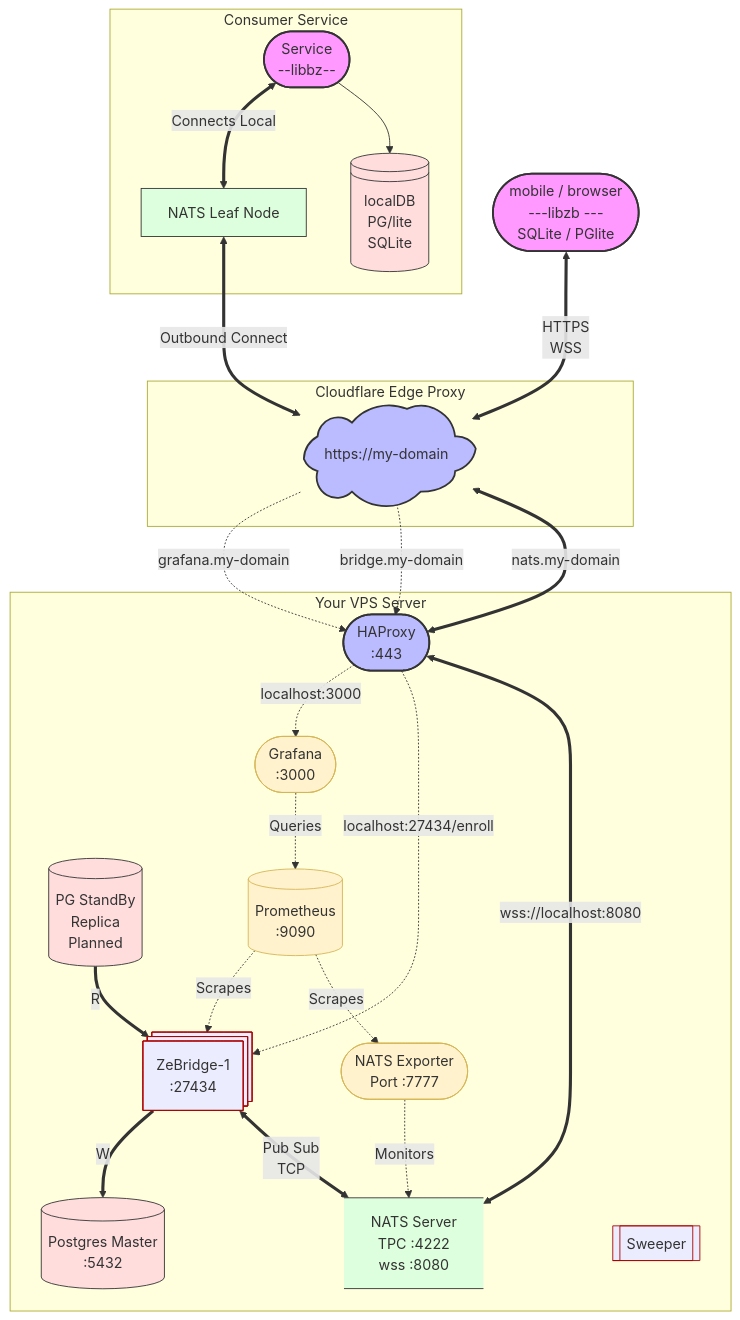
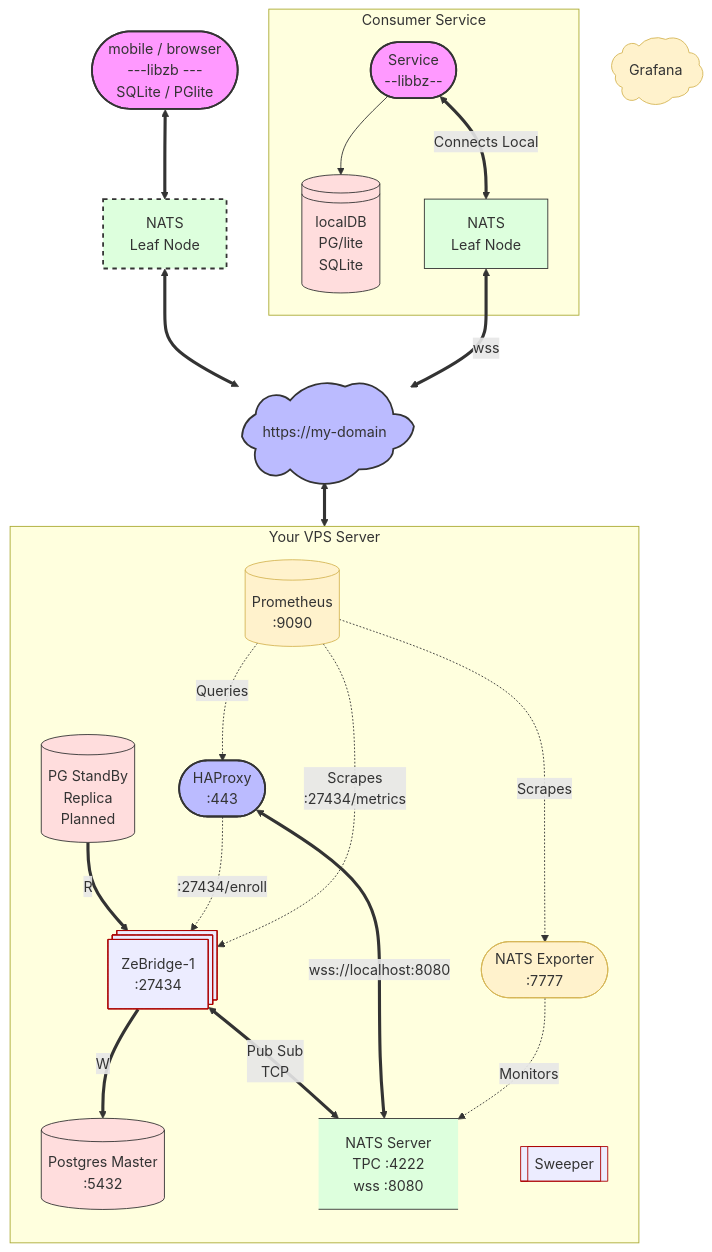
Before and after one commit to ndrean/ZeBridge: the second of 3 diagrams in README.md, drawn with Mermaid. The commit also changed other lines of this file and 38 other files, not shown here.

````diff
--- a/README.md
+++ b/README.md
@@ -137,74 +137,80 @@
 ```mermaid
+
 graph TD
     %% Styling and Definitions
     classDef external fill:#f9f,stroke:#333,stroke-width:2px;
     classDef proxy fill:#bbf,stroke:#333,stroke-width:2px;
     classDef internal fill:#dfd,stroke:#333,stroke-width:1px;
     classDef secure fill:#fdd,stroke:#333,stroke-width:1px;
     classDef telemetry fill:#fff2cc,stroke:#d6b656,stroke-width:1px;
     classDef bridge fill:##bdf3ff,stroke:#ac0100,stroke-with:2px;
+    classDef maybe_external fill:#dfd,stroke:#333,stroke-width:2px,stroke-dasharray: 5 5;
 
     %% External Clients
     User([mobile / browser <br> ---libzb --- <br>SQLite / PGlite]):::external
     LocalDB[(localDB <br>PG/lite<br>SQLite)]:::secure
     LocalDB@{shape: lin-cyl}
-    RemoteLeaf[NATS Leaf Node]:::internal
+    RemoteLeaf[NATS<br>Leaf Node]:::internal
+    RemoteLeaf2[NATS<br>Leaf Node]:::maybe_external
     Consumer([Service <br> --libbz--]):::external
+    Grafana([Grafana]):::telemetry
+    Grafana@{ shape: cloud}
+
 
     %% Cloudflare Edge
-    subgraph Cloudflare_Network  [Cloudflare Edge Proxy]
+    %% subgraph Cloudflare_Network  [Cloudflare Edge Proxy]
         CF([https://my-domain]):::proxy
         CF@{ shape: cloud}
-    end
+    %% end 
 
     %% VPS Boundary
     subgraph VPS [Your VPS Server]
+        direction TB
+        
         HA([HAProxy<br>:443]):::proxy
-        
         %% Internal Apps
+        Prom[(Prometheus<br> :9090)]:::telemetry
+        NatsExp([NATS Exporter<br>:7777]):::telemetry
+        PGREP[(PG StandBy<br>Replica<br>Planned)]:::secure
         Bridge[[ZeBridge-1<br> :27434]]:::bridge
         Bridge@{shape: st-rect}
         PG[(Postgres Master <br> :5432)]:::secure
-        PGREP[(PG StandBy<br>Replica<br>Planned)]:::secure
         NATS[NATS Server<br> TPC :4222 <br> wss :8080]:::internal
         NATS@{shape: data-store}
         
         %% Telemetry & Monitoring Stack
-        Grafana([Grafana <br> :3000]):::telemetry
-        Prom[(Prometheus<br> :9090)]:::telemetry
-        NatsExp([NATS Exporter<br>Port :7777]):::telemetry
+        
         Sweeper[[Sweeper]]:::bridge
     end
 
     subgraph Consumer Service
       Consumer
       LocalDB
       RemoteLeaf
     end
     %% External Connections to Cloudflare
-    User <==>|HTTPS <br> WSS| CF
-    RemoteLeaf <==>|Outbound Connect| CF
+    User <==>RemoteLeaf2
+    RemoteLeaf2 <==>CF
+    RemoteLeaf <==>|wss| CF
     Consumer <==>|Connects Local| RemoteLeaf
     Consumer -->LocalDB
 
     %% Cloudflare to HAProxy Subdomain Routing
-    CF -.->|grafana.my-domain| HA
-    CF -.->|bridge.my-domain| HA
-    CF <==>|nats.my-domain| HA
+    CF <==> HA
 
+
+    %% Internal Component Dependencies
+    PGREP ==>|R|Bridge
+    Bridge ==>|W| PG
+    Bridge <==>|Pub Sub  <br> TCP| NATS
+    
     %% HAProxy Internal Layer 7 Routing
-    HA -.->|localhost:3000| Grafana
-    HA -.->|localhost:27434/enroll| Bridge
+    HA -.->|:27434/enroll| Bridge
     HA <==>|wss://localhost:8080| NATS
 
-    %% Internal Component Dependencies
-    Bridge ==>|W| PG
-    PGREP ==>|R|Bridge
-    Bridge <==>|Pub Sub  <br> TCP| NATS
-    
     %% Telemetry Data Flow
-    Prom -.->|Scrapes| Bridge
+    Prom -.-> |Queries| HA
     Prom -.->|Scrapes| NatsExp
+    Prom -.->|Scrapes<br>:27434/metrics| Bridge
     NatsExp -.->|Monitors| NATS
-    Grafana -.->|Queries| Prom
 ```
````
